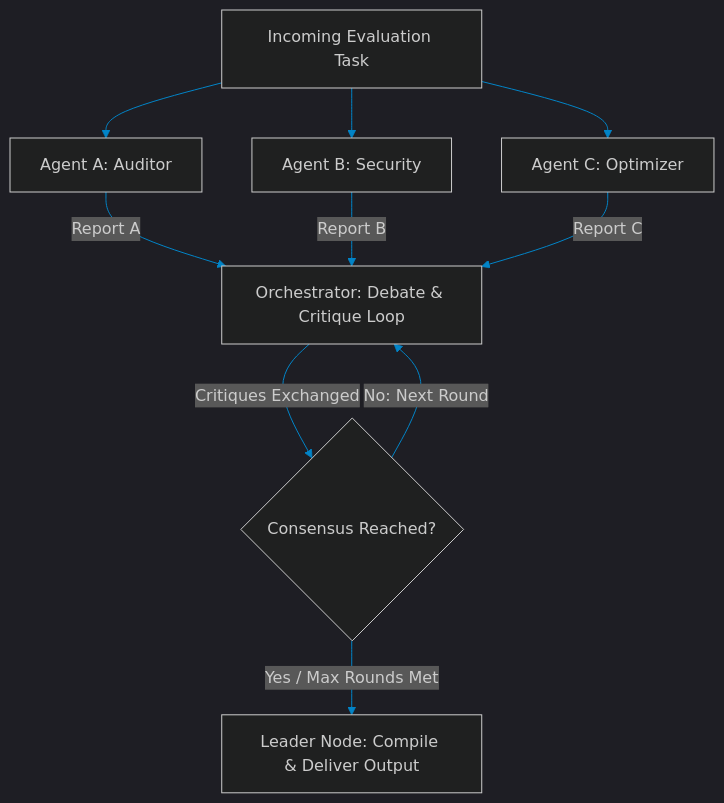
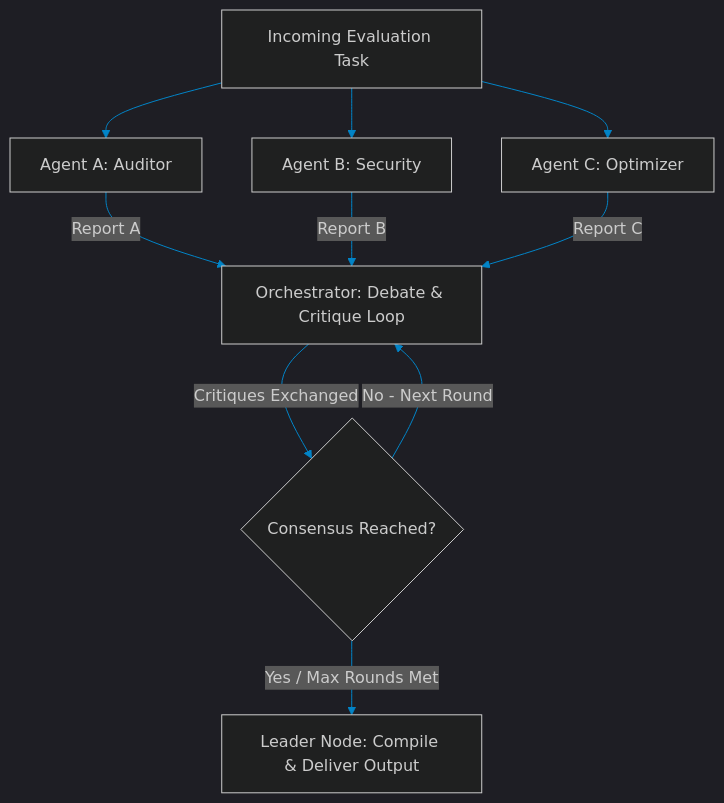
One commit to akmalkhaniub/akmalkhaniub.github.io changed the diagram in blog/posts/multi-agent-consensus-voting-debate-topologies.md. Above: the diagram before and after it, drawn with Mermaid. The commit also changed 411 other files, not shown here.

````diff
--- a/blog/posts/multi-agent-consensus-voting-debate-topologies.md
+++ b/blog/posts/multi-agent-consensus-voting-debate-topologies.md
@@ -15,15 +15,15 @@
 ```mermaid
 %%{init: {'theme': 'dark', 'themeVariables': { 'primaryColor': '#0284c7', 'primaryTextColor': '#f3f4f6', 'primaryBorderColor': '#38bdf8', 'lineColor': '#0284c7', 'secondaryColor': '#111827', 'tertiaryColor': '#0b0f19'}}}%%
 flowchart TD
     Task[Incoming Evaluation Task] --> AgentA[Agent A: Auditor]
     Task --> AgentB[Agent B: Security]
     Task --> AgentC[Agent C: Optimizer]
     
     AgentA -->|Report A| Debate[Orchestrator: Debate & Critique Loop]
     AgentB -->|Report B| Debate
     AgentC -->|Report C| Debate
 
     Debate -->|Critiques Exchanged| Eval{Consensus Reached?}
-    Eval -->|No: Next Round| Debate
+    Eval -->|No - Next Round| Debate
     Eval -->|Yes / Max Rounds Met| Compile[Leader Node: Compile & Deliver Output]
 ```
````
